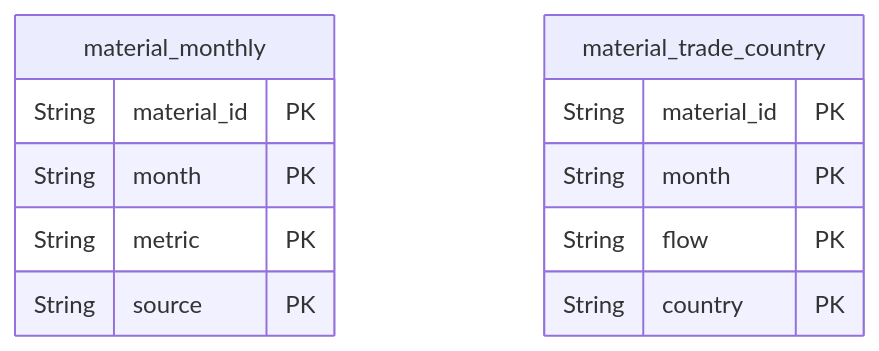
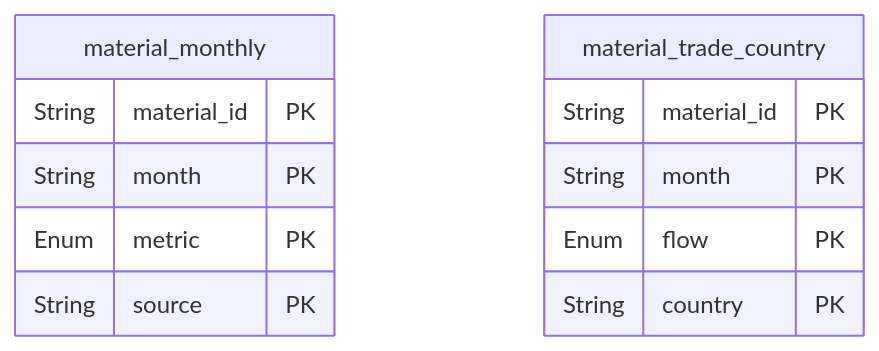
Before and after one commit to pekumirui/stock-analyzer: the diagram in docs/schema/supply.md, drawn with Mermaid. The commit also changed other lines of this file and 7 other files, not shown here.

````diff
--- a/docs/schema/supply.md
+++ b/docs/schema/supply.md
@@ -7,15 +7,15 @@
 ```mermaid
 erDiagram
   material_monthly {
     String material_id PK
     String month PK
-    String metric PK
+    Enum metric PK
     String source PK
   }
   material_trade_country {
     String material_id PK
     String month PK
-    String flow PK
+    Enum flow PK
     String country PK
   }
 ```
````
